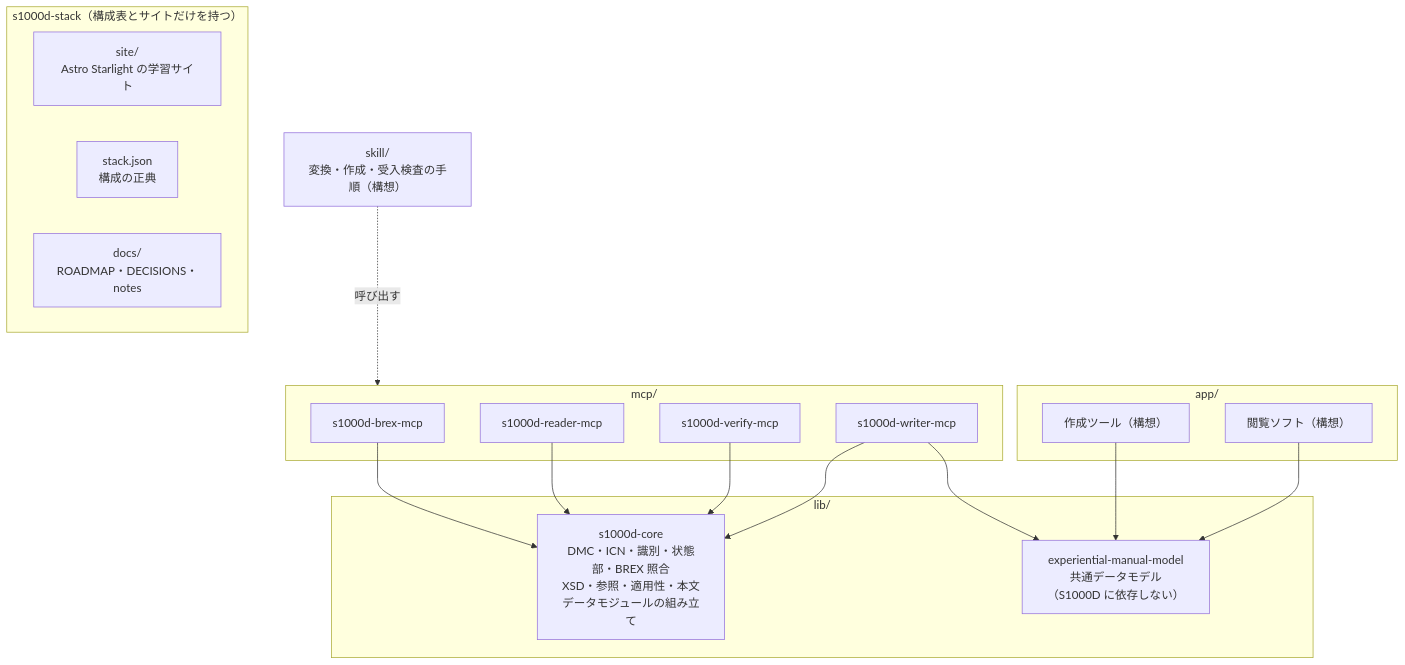
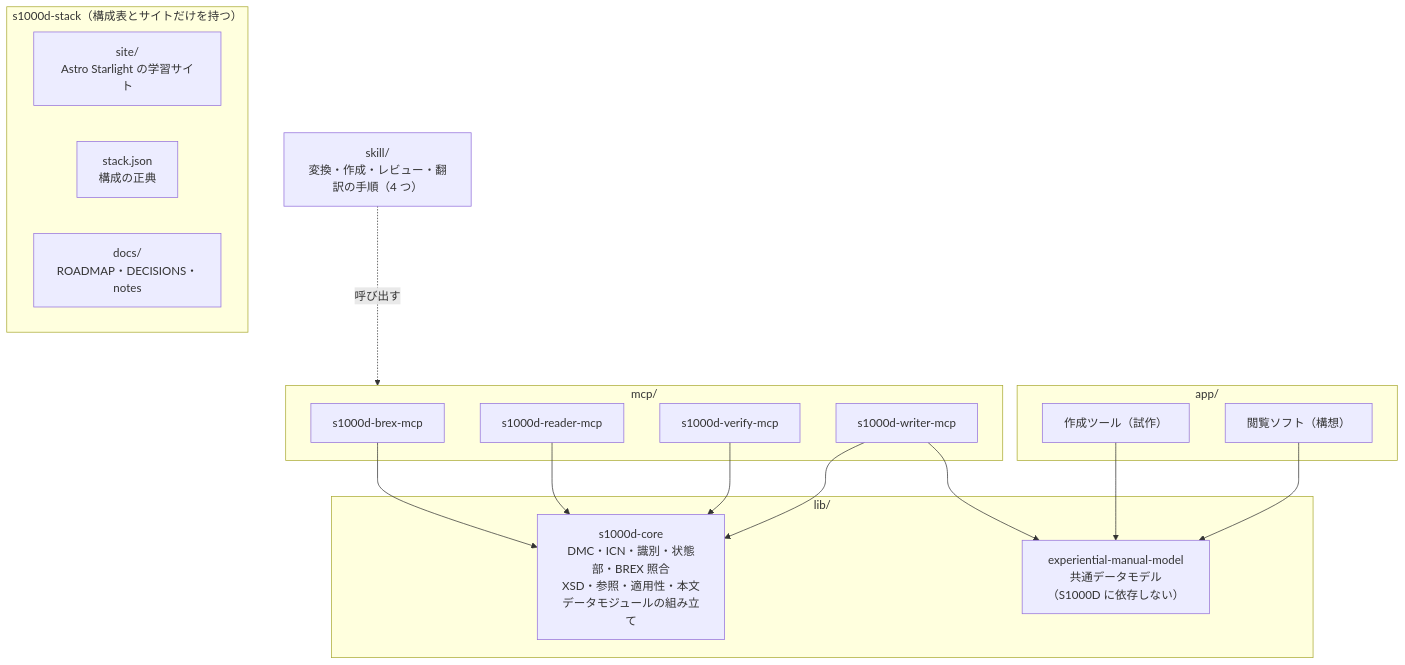
The diagram in README.ja.md (shuji-bonji/s1000d-stack), drawn with Mermaid before and after one commit. The commit also changed other lines of this file and 22 other files, not shown here.

````diff
--- a/README.ja.md
+++ b/README.ja.md
@@ -32,31 +39,31 @@
 ```mermaid
 flowchart TB
   subgraph Hub["s1000d-stack（構成表とサイトだけを持つ）"]
     SITE["site/<br/>Astro Starlight の学習サイト"]
     STACK["stack.json<br/>構成の正典"]
     DOCS["docs/<br/>ROADMAP・DECISIONS・notes"]
   end
   subgraph Lib["lib/"]
     CORE["s1000d-core<br/>DMC・ICN・識別・状態部・BREX 照合<br/>XSD・参照・適用性・本文<br/>データモジュールの組み立て"]
     MODEL["experiential-manual-model<br/>共通データモデル（S1000D に依存しない）"]
   end
   subgraph Mcp["mcp/"]
     BREX["s1000d-brex-mcp"]
     R["s1000d-reader-mcp"]
     V["s1000d-verify-mcp"]
     W["s1000d-writer-mcp"]
   end
   subgraph App["app/"]
-    ED["作成ツール（構想）"]
+    ED["作成ツール（試作）"]
     VW["閲覧ソフト（構想）"]
   end
-  SK["skill/<br/>変換・作成・受入検査の手順（構想）"]
+  SK["skill/<br/>変換・作成・レビュー・翻訳の手順（4 つ）"]
   BREX --> CORE
   R --> CORE
   V --> CORE
   W --> CORE
   W --> MODEL
   ED --> MODEL
   VW --> MODEL
   SK -.呼び出す.-> Mcp
 ```
````
